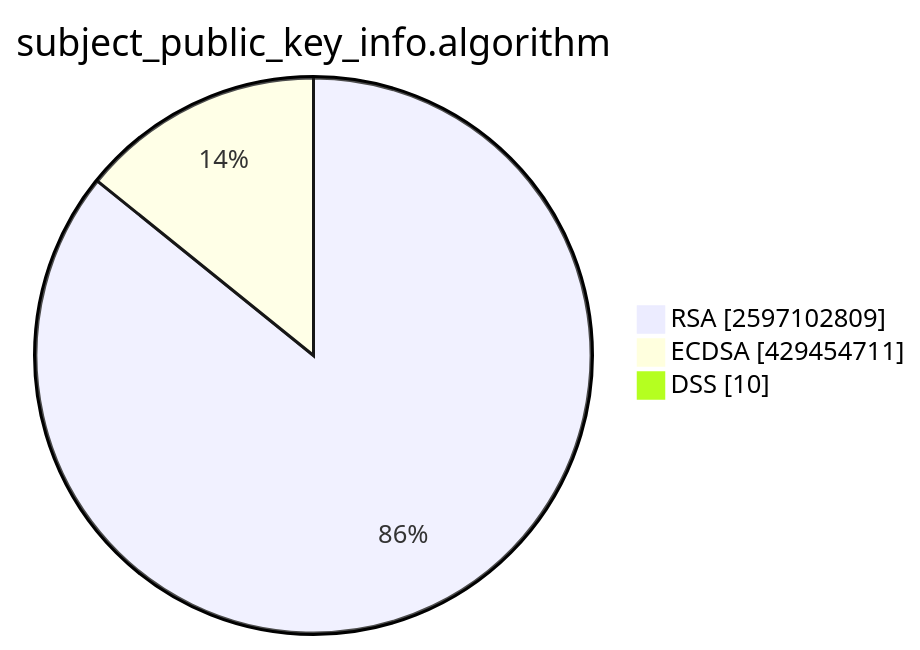
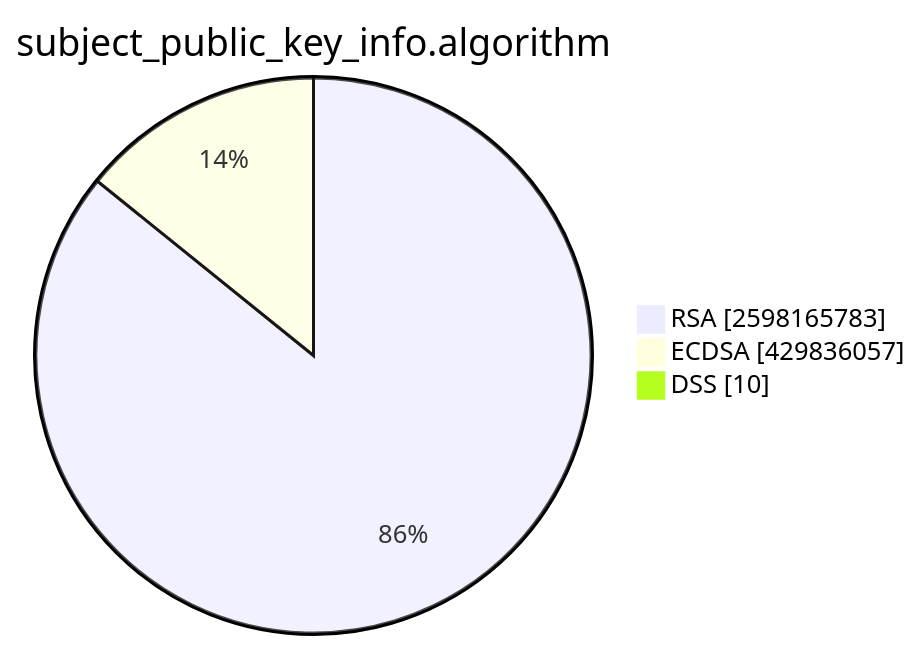
One commit to christiankrug/ctmonitor_visualization changed the second of 15 diagrams in TOTAL/README.md. Above: the diagram before and after it, drawn with Mermaid. The commit also changed other lines of this file, not shown here.

````diff
--- a/TOTAL/README.md
+++ b/TOTAL/README.md
@@ -6,7 +6,7 @@
 ```mermaid
 pie showData
 title subject_public_key_info.algorithm
-"RSA" :2597102809
-"ECDSA" :429454711
+"RSA" :2598165783
+"ECDSA" :429836057
 "DSS" :10
 ```
````
